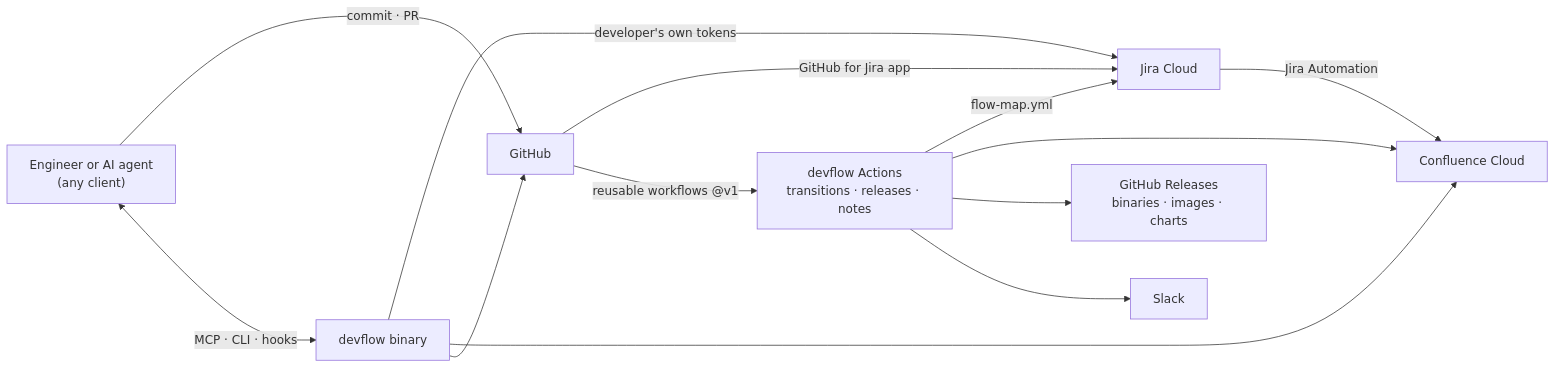
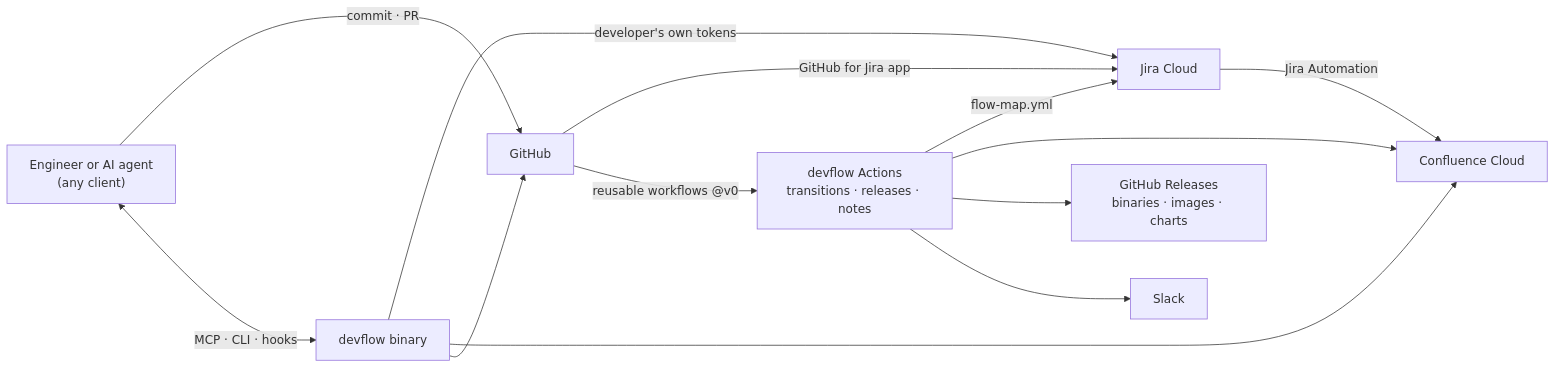
Before and after one commit to ryanhelms/agentflow: the diagram in README.md, drawn with Mermaid. The commit also changed other lines of this file and 26 other files, not shown here.

````diff
--- a/README.md
+++ b/README.md
@@ -67,15 +67,15 @@
 ```mermaid
 flowchart LR
   dev["Engineer or AI agent<br/>(any client)"] -->|commit · PR| gh[GitHub]
   dev <-->|MCP · CLI · hooks| bin["devflow binary"]
   bin -->|developer's own tokens| jira[Jira Cloud]
   bin --> conf[Confluence Cloud]
   bin --> gh
   gh -->|GitHub for Jira app| jira
-  gh -->|reusable workflows @v1| actions["devflow Actions<br/>transitions · releases · notes"]
+  gh -->|reusable workflows @v0| actions["devflow Actions<br/>transitions · releases · notes"]
   actions -->|flow-map.yml| jira
   actions --> conf
   actions --> rel["GitHub Releases<br/>binaries · images · charts"]
   jira -->|Jira Automation| conf
   actions --> slack[Slack]
 ```
````
